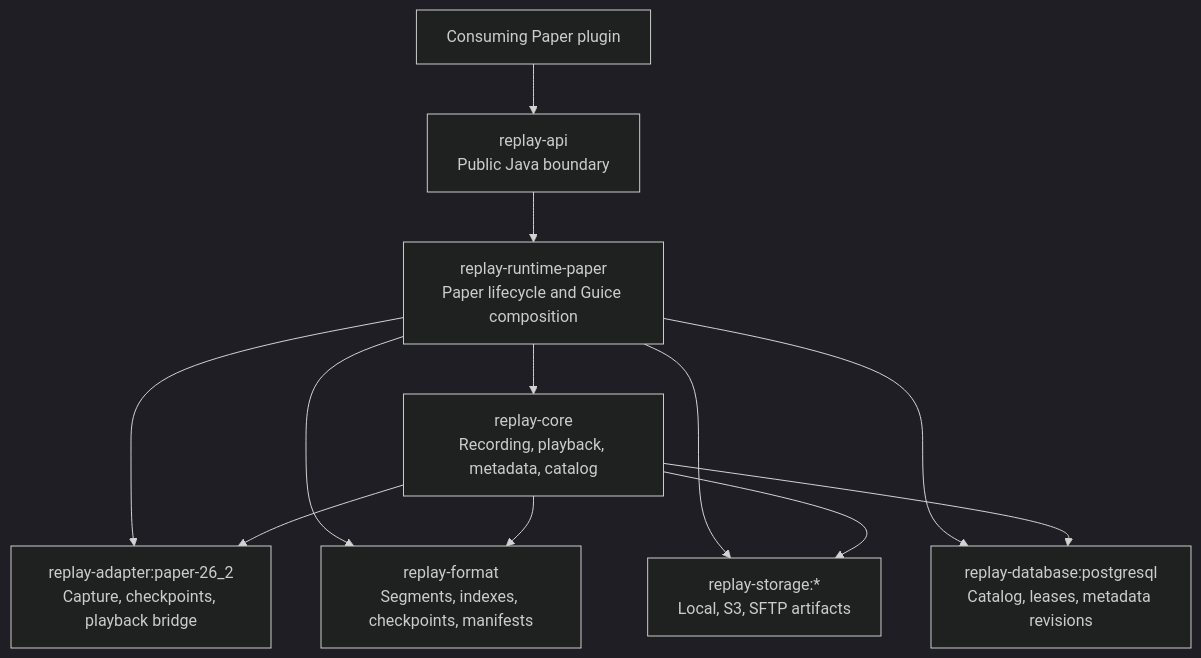
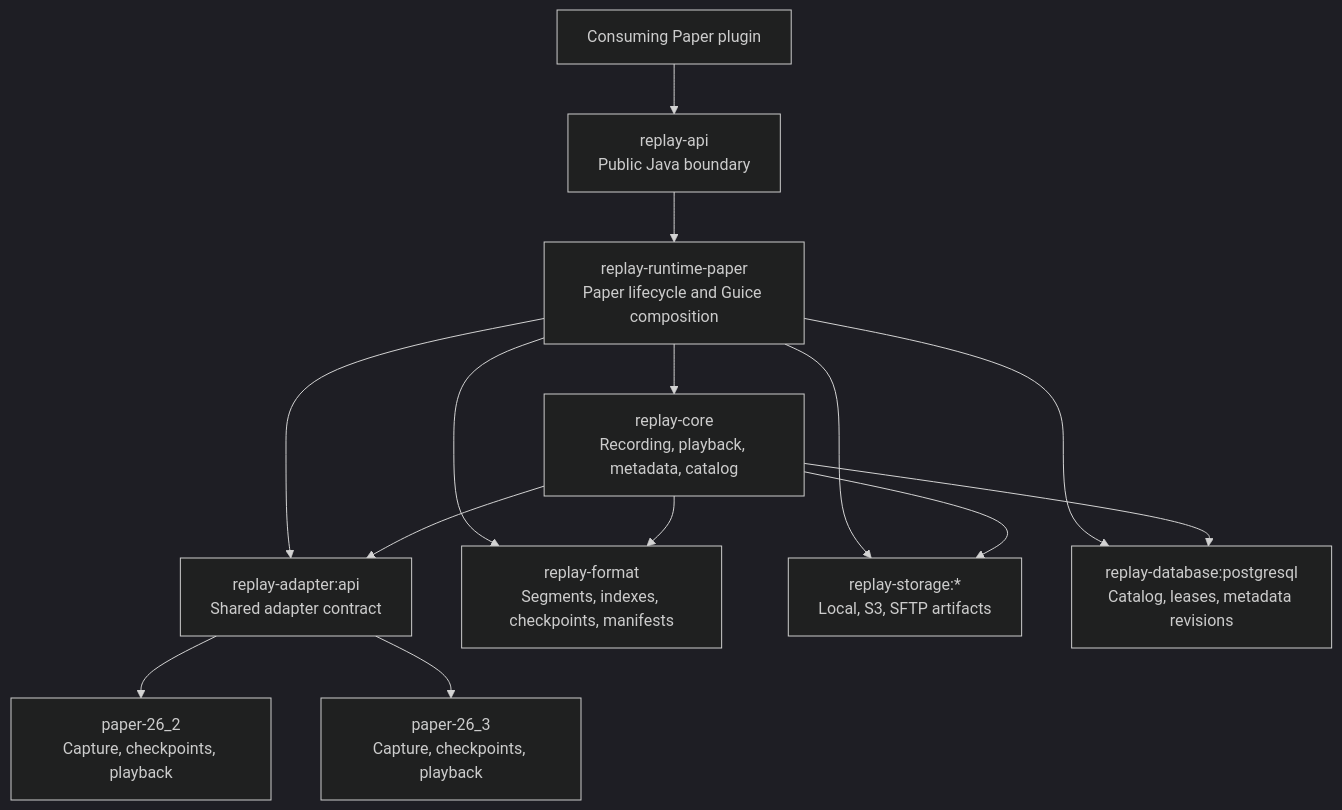
The first of 3 diagrams in docs/architecture.md (schmolldechse/replay-framework), drawn with Mermaid (dark theme) before and after one commit. The commit also changed other lines of this file and 85 other files, not shown here.

First line of the commit message:
feat: add Paper 26.3 replay adapter (#1)

````diff
--- a/docs/architecture.md
+++ b/docs/architecture.md
@@ -9,16 +9,18 @@
 ```mermaid
 flowchart TD
     plugin["Consuming Paper plugin"] --> api["replay-api<br/>Public Java boundary"]
     api --> runtime["replay-runtime-paper<br/>Paper lifecycle and Guice composition"]
 
     runtime --> core["replay-core<br/>Recording, playback, metadata, catalog"]
-    runtime --> adapter["replay-adapter:paper-26_2<br/>Capture, checkpoints, playback bridge"]
+    runtime --> adapterApi["replay-adapter:api<br/>Shared adapter contract"]
+    adapterApi --> adapter262["paper-26_2<br/>Capture, checkpoints, playback"]
+    adapterApi --> adapter263["paper-26_3<br/>Capture, checkpoints, playback"]
     runtime --> format["replay-format<br/>Segments, indexes, checkpoints, manifests"]
     runtime --> storage["replay-storage:*<br/>Local, S3, SFTP artifacts"]
     runtime --> database["replay-database:postgresql<br/>Catalog, leases, metadata revisions"]
 
-    core --> adapter
+    core --> adapterApi
     core --> format
     core --> storage
     core --> database
 ```
````
